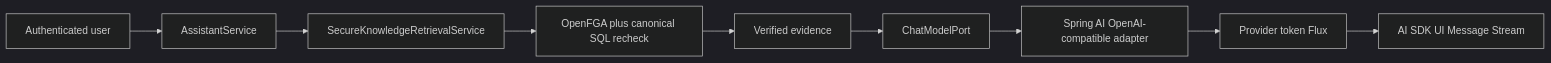
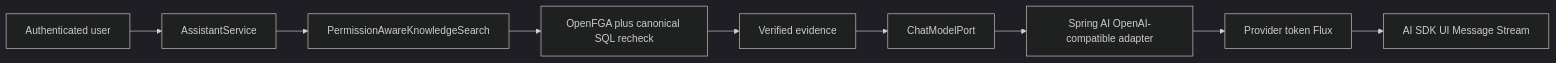
The diagram in docs/increments/active/2026-07-22-assistant-ai-gateway/design.md (kl3inIT/OrgMemory), drawn with Mermaid (dark theme) before and after one commit. The commit also changed other lines of this file and 80 other files, not shown here.

Commit message:
feat(graph-rag): wire runtime product surfaces

````diff
--- a/docs/increments/active/2026-07-22-assistant-ai-gateway/design.md
+++ b/docs/increments/active/2026-07-22-assistant-ai-gateway/design.md
@@ -34,11 +34,11 @@
 ```mermaid
 flowchart LR
     USER[Authenticated user] --> ASSISTANT[AssistantService]
-    ASSISTANT --> RETRIEVAL[SecureKnowledgeRetrievalService]
+    ASSISTANT --> RETRIEVAL[PermissionAwareKnowledgeSearch]
     RETRIEVAL --> FGA[OpenFGA plus canonical SQL recheck]
     FGA --> EVIDENCE[Verified evidence]
     EVIDENCE --> MODEL[ChatModelPort]
     MODEL --> ADAPTER[Spring AI OpenAI-compatible adapter]
     ADAPTER --> TOKENS[Provider token Flux]
     TOKENS --> STREAM[AI SDK UI Message Stream]
 ```
````
